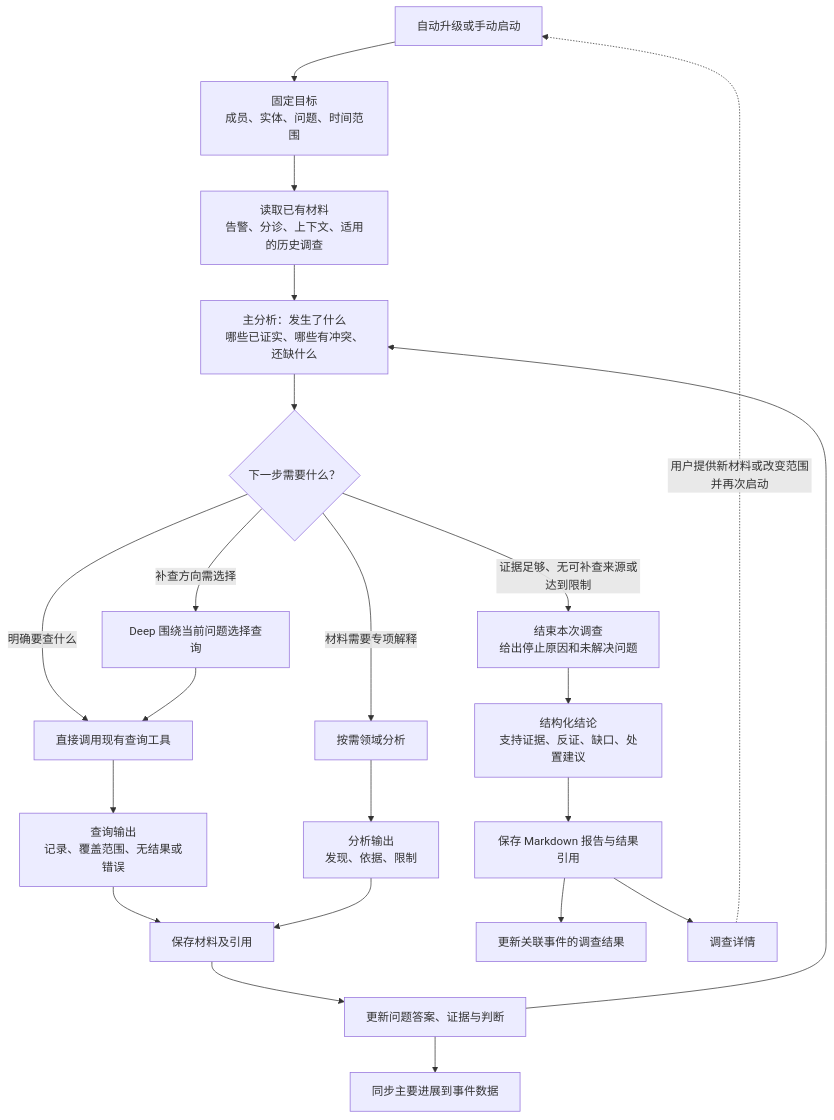
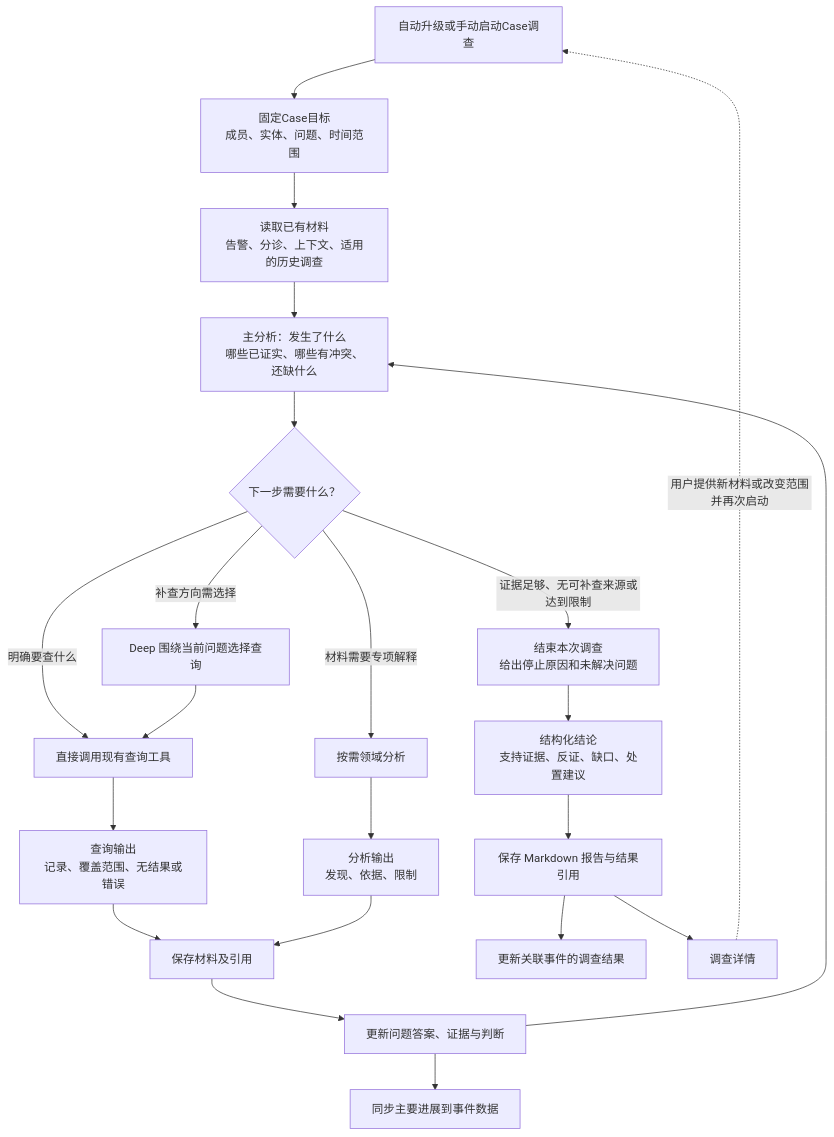
The third of 3 diagrams in docs/architecture/incident-investigation-flow-20261025.md (Dinines/socai2), drawn with Mermaid before and after one commit. The commit also changed other lines of this file and 11 other files, not shown here.

````diff
--- a/docs/architecture/incident-investigation-flow-20261025.md
+++ b/docs/architecture/incident-investigation-flow-20261025.md
@@ -99,24 +100,24 @@
 ```mermaid
 flowchart TD
-    A[自动升级或手动启动] --> B[固定目标<br/>成员、实体、问题、时间范围]
+    A[自动升级或手动启动Case调查] --> B[固定Case目标<br/>成员、实体、问题、时间范围]
     B --> C[读取已有材料<br/>告警、分诊、上下文、适用的历史调查]
     C --> D[主分析：发生了什么<br/>哪些已证实、哪些有冲突、还缺什么]
     D --> E{下一步需要什么？}
     E -->|明确要查什么| Q[直接调用现有查询工具]
     E -->|补查方向需选择| DEEP[Deep 围绕当前问题选择查询]
     DEEP --> Q
     E -->|材料需要专项解释| EXP[按需领域分析]
     Q --> QR[查询输出<br/>记录、覆盖范围、无结果或错误]
     EXP --> ER[分析输出<br/>发现、依据、限制]
     QR --> SAVE[保存材料及引用]
     ER --> SAVE
     SAVE --> UPDATE[更新问题答案、证据与判断]
     UPDATE --> D
     UPDATE --> PROGRESS[同步主要进展到事件数据]
     E -->|证据足够、无可补查来源或达到限制| END[结束本次调查<br/>给出停止原因和未解决问题]
     END --> RESULT[结构化结论<br/>支持证据、反证、缺口、处置建议]
     RESULT --> REPORT[保存 Markdown 报告与结果引用]
     REPORT --> INCIDENT[更新关联事件的调查结果]
     REPORT --> DETAIL[调查详情]
     DETAIL -.->|用户提供新材料或改变范围并再次启动| A
 ```
````
